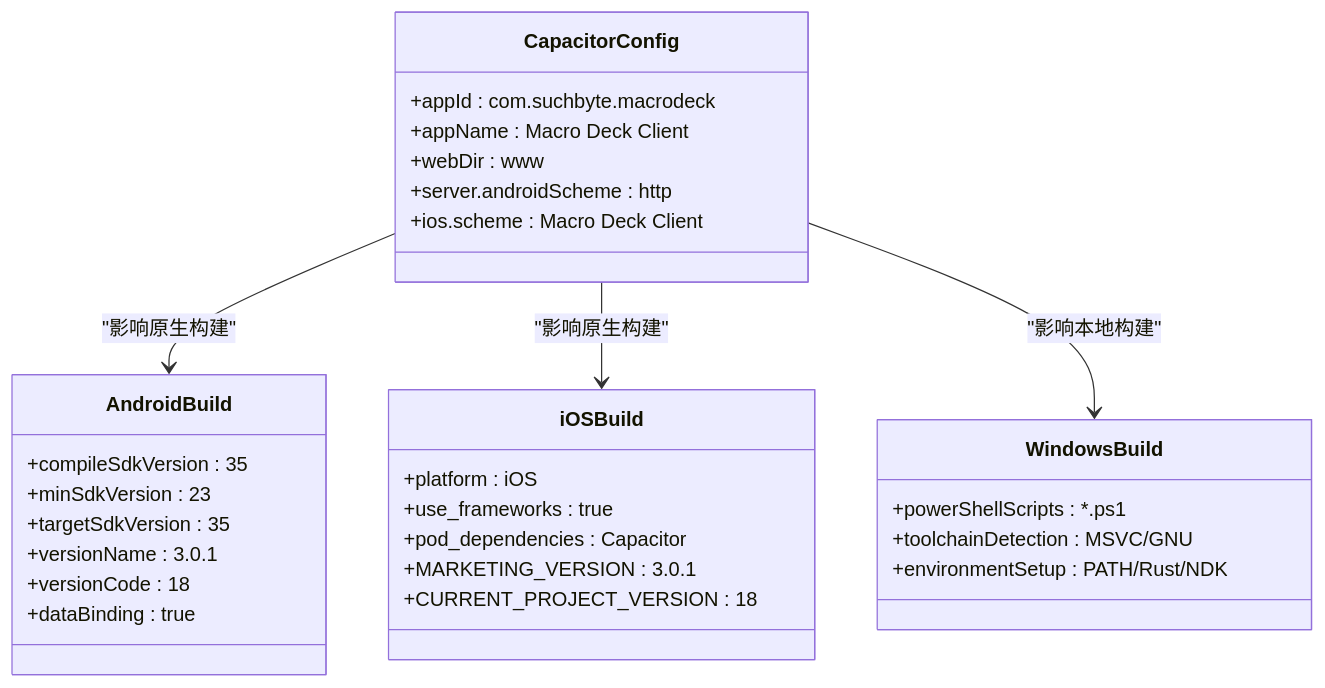
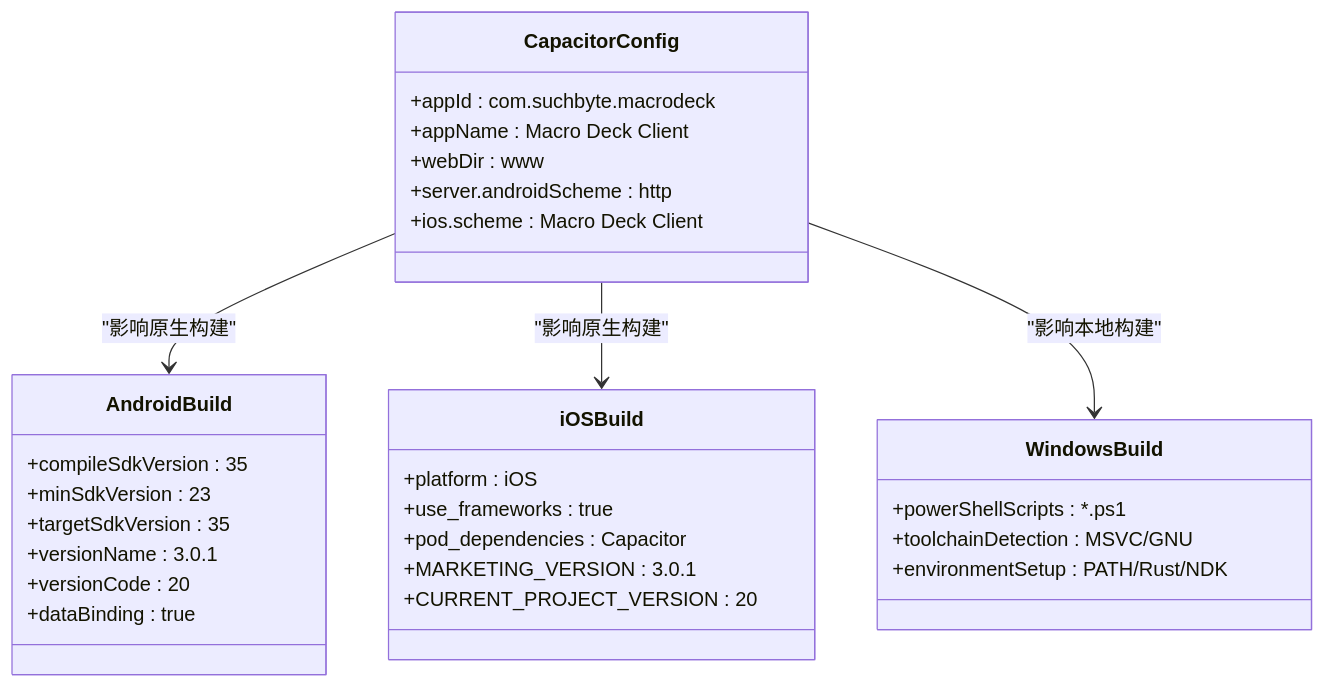
Before and after one commit to tea4go/Macro-Deck-Client-App: the sixth of 9 diagrams in .qoder/repowiki/zh/content/构建与部署/平台部署/平台部署.md, drawn with Mermaid. The commit also changed other lines of this file and 55 other files, not shown here.

````diff
--- a/.qoder/repowiki/zh/content/构建与部署/平台部署/平台部署.md
+++ b/.qoder/repowiki/zh/content/构建与部署/平台部署/平台部署.md
@@ -246,33 +246,33 @@
 ```mermaid
 classDiagram
 class CapacitorConfig {
 +appId : com.suchbyte.macrodeck
 +appName : Macro Deck Client
 +webDir : www
 +server.androidScheme : http
 +ios.scheme : Macro Deck Client
 }
 class AndroidBuild {
 +compileSdkVersion : 35
 +minSdkVersion : 23
 +targetSdkVersion : 35
 +versionName : 3.0.1
-+versionCode : 18
++versionCode : 20
 +dataBinding : true
 }
 class iOSBuild {
 +platform : iOS
 +use_frameworks : true
 +pod_dependencies : Capacitor
 +MARKETING_VERSION : 3.0.1
-+CURRENT_PROJECT_VERSION : 18
++CURRENT_PROJECT_VERSION : 20
 }
 class WindowsBuild {
 +powerShellScripts : *.ps1
 +toolchainDetection : MSVC/GNU
 +environmentSetup : PATH/Rust/NDK
 }
 CapacitorConfig --> AndroidBuild : "影响原生构建"
 CapacitorConfig --> iOSBuild : "影响原生构建"
 CapacitorConfig --> WindowsBuild : "影响本地构建"
 ```
````
